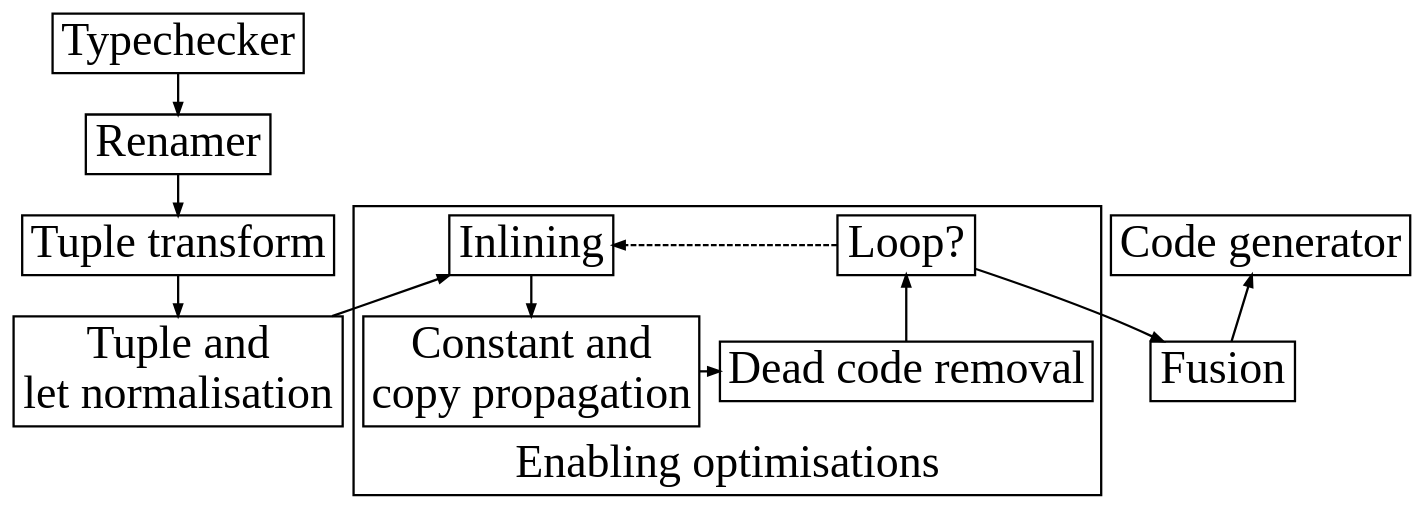
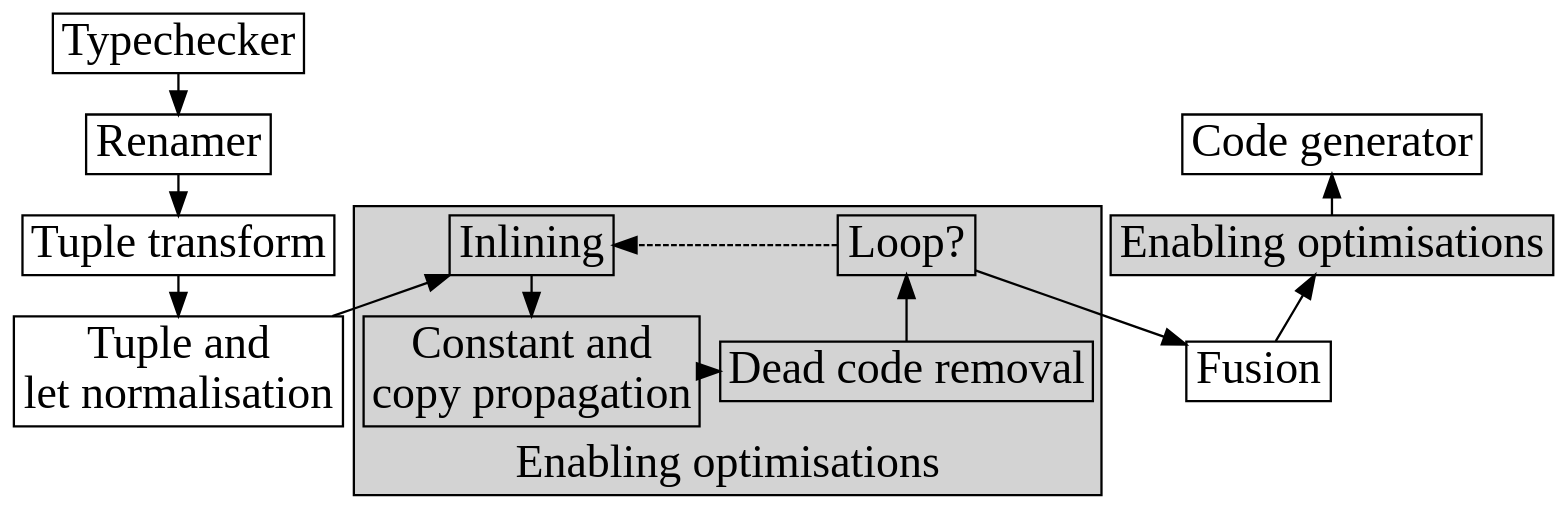
The diagram in doc/FusionPaper/Figures/pipeline.dot (diku-dk/futhark), drawn with Graphviz before and after one commit. The commit also changed 2 other files, not shown here.

```diff
--- a/doc/FusionPaper/Figures/pipeline.dot
+++ b/doc/FusionPaper/Figures/pipeline.dot
@@ -1,42 +1,43 @@
 digraph G
 {
         rankdir = TD;
         compound=true;
         penwidth=2;
-        node [fontname="Times Roman", shape=rectangle, fontsize=40, nodesep=0, ranksep=0, penwidth=2]
-        edge [color=black, fontname="Times Roman", weight=1.2, penwidth=2]
+        node [fontname="Times Roman", shape=rectangle, fontsize=40, penwidth=2]
+        edge [color=black, fontname="Times Roman", weight=100, penwidth=2, arrowsize=2]
 
         Typechecker []
         Renamer []
         Fusion []
         Output [label="Code generator"]
         TupleTransform [label="Tuple transform"]
         Normalisation [label="Tuple and\nlet normalisation"]
+        EnablingOpts [label="Enabling optimisations", style=filled]
 
         {rank=same; Fusion Normalisation}
-        {rank=same; Output TupleTransform}
+        {rank=same; Output Renamer}
+        {rank=same; TupleTransform EnablingOpts}
 
         subgraph clusterEnabling {
                 Inlining []
                 rank="same"
+                style=filled
                 Inlining
                 DeadCodeRemoval [label="Dead code removal"]
                 ConstProp [label="Constant and\ncopy propagation"]
                 Loop [label="Loop?"]
                 {rank=same; Inlining Loop}
                 {rank=same; ConstProp DeadCodeRemoval}
                 Inlining->ConstProp->DeadCodeRemoval->Loop
                 Loop->Inlining[style=dashed]
                 label="Enabling optimisations"
                 labelloc=b
                 fontname="Times Roman"
                 fontsize=40
         }
 
 
 
-        Typechecker->Renamer->TupleTransform->Normalisation
-        Normalisation->Inlining
-        Loop->Fusion
-        Fusion->Output
+        Typechecker->Renamer->TupleTransform->Normalisation->Inlining
+        Loop->Fusion->EnablingOpts->Output
 }
```
